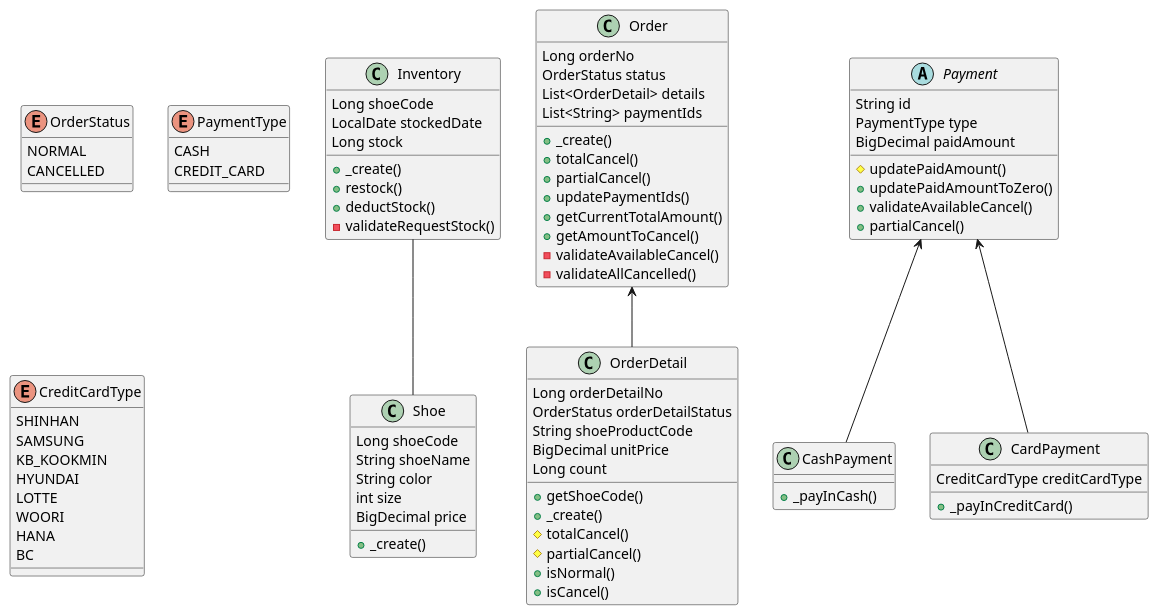
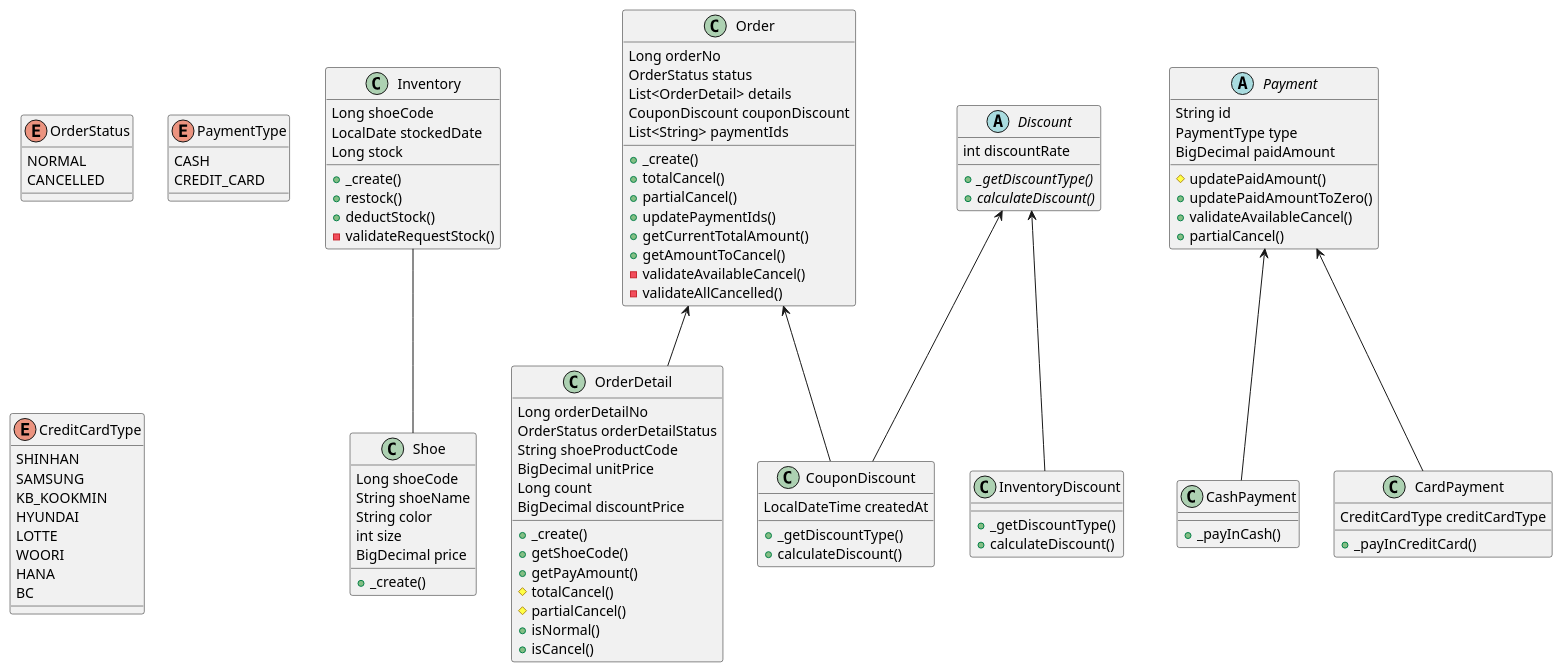
Before and after one commit to ABC-Mart-Owners-club/namjoon-shoe-store: the diagram in docs/DomainStructure.puml, drawn with PlantUML. The commit also changed 1 other file, not shown here.

Commit message:
Docs : [#7] modify domain structure with discount feature

```diff
--- a/docs/DomainStructure.puml
+++ b/docs/DomainStructure.puml
@@ -1,96 +1,119 @@
 @startuml
 
 class Shoe {
 Long shoeCode
 String shoeName
 String color
 int size
 BigDecimal price
 + _create()
 }
 
 enum OrderStatus {
 NORMAL
 CANCELLED
 }
 
 class Order {
 Long orderNo
 OrderStatus status
 List<OrderDetail> details
+CouponDiscount couponDiscount
 List<String> paymentIds
 + _create()
 + totalCancel()
 + partialCancel()
 + updatePaymentIds()
 + getCurrentTotalAmount()
 + getAmountToCancel()
 - validateAvailableCancel()
 - validateAllCancelled()
 }
 
 class OrderDetail {
 Long orderDetailNo
 OrderStatus orderDetailStatus
 String shoeProductCode
 BigDecimal unitPrice
 Long count
+BigDecimal discountPrice
++ _create()
 + getShoeCode()
-+ _create()
++ getPayAmount()
 # totalCancel()
 # partialCancel()
 + isNormal()
 + isCancel()
 }
 
 enum PaymentType {
 CASH
 CREDIT_CARD
 }
 
 enum CreditCardType {
 SHINHAN
 SAMSUNG
 KB_KOOKMIN
 HYUNDAI
 LOTTE
 WOORI
 HANA
 BC
 }
 
 abstract class Payment {
 String id
 PaymentType type
 BigDecimal paidAmount
 # updatePaidAmount()
 + updatePaidAmountToZero()
 + validateAvailableCancel()
 + partialCancel()
 }
 
 class CashPayment {
 + _payInCash()
 }
 
 class CardPayment {
 CreditCardType creditCardType
 + _payInCreditCard()
 }
 
 class Inventory {
 Long shoeCode
 LocalDate stockedDate
 Long stock
 + _create()
 + restock()
 + deductStock()
 - validateRequestStock()
 }
 
+abstract class Discount {
+int discountRate
++ _getDiscountType() {abstract}
++ calculateDiscount() {abstract}
+}
+
+class InventoryDiscount {
++ _getDiscountType()
++ calculateDiscount()
+}
+
+class CouponDiscount {
+LocalDateTime createdAt
++ _getDiscountType()
++ calculateDiscount()
+}
+
 Order <-- OrderDetail
 Payment <-- CashPayment
 Payment <-- CardPayment
 Inventory -- Shoe
+Discount <-- InventoryDiscount
+Discount <-- CouponDiscount
+Order <-- CouponDiscount
 
 @enduml
```
